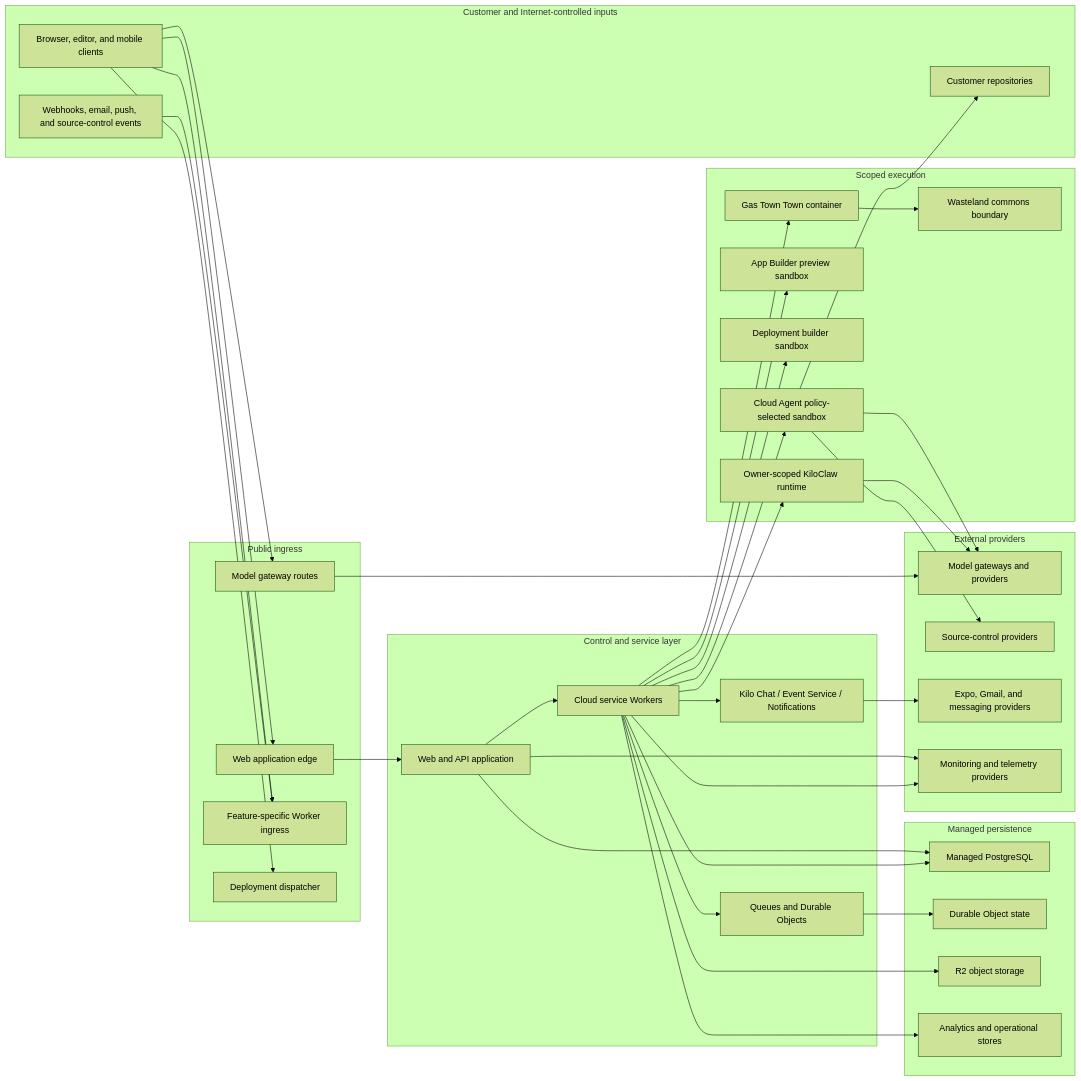
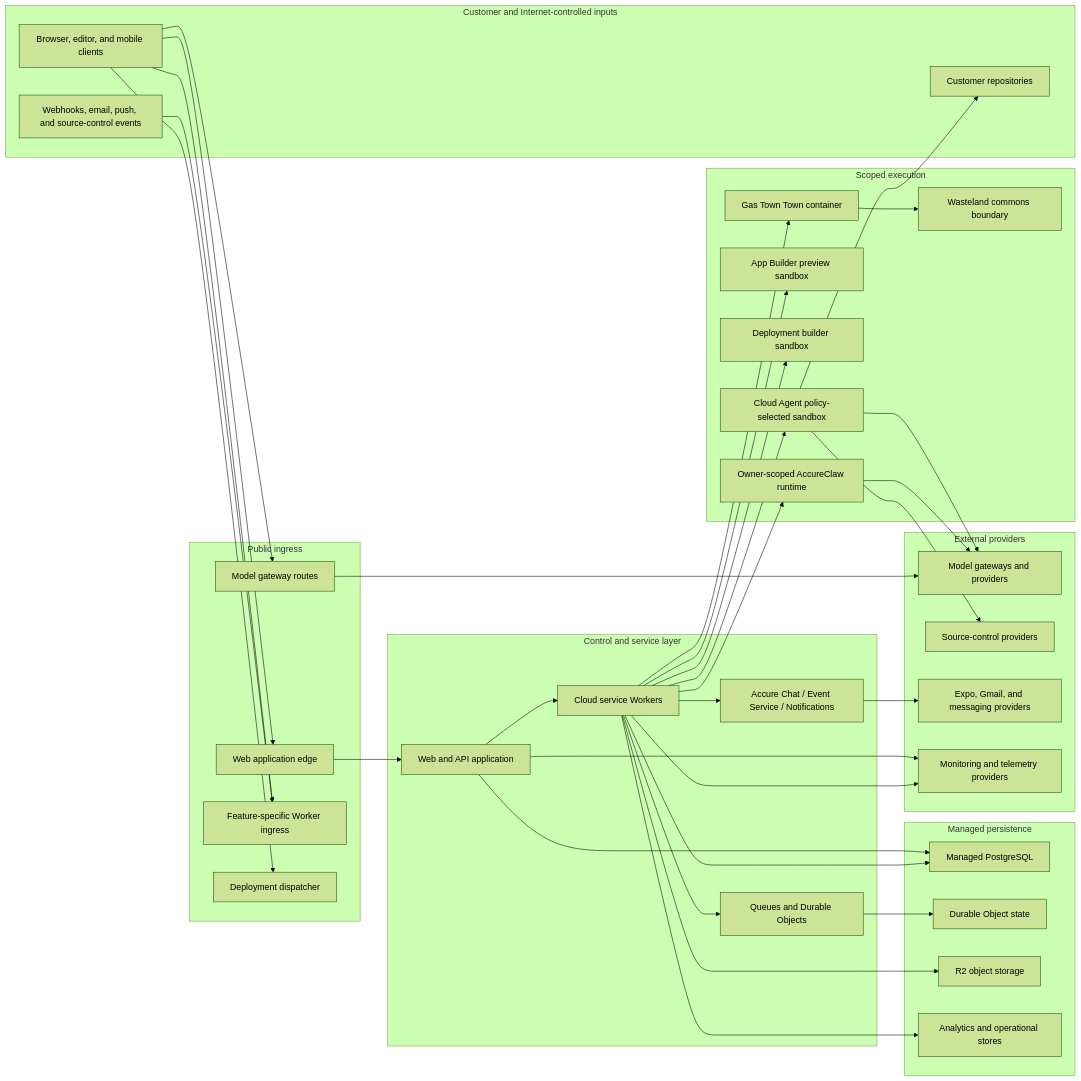
The first of 6 diagrams in packages/accure-docs/pages/contributing/architecture/cloud-security.md (Accure-Inc/accure-code), drawn with Mermaid (forest theme) before and after one commit. The commit also changed other lines of this file and 2711 other files, not shown here.

````diff
--- a/packages/accure-docs/pages/contributing/architecture/cloud-security.md
+++ b/packages/accure-docs/pages/contributing/architecture/cloud-security.md
@@ -33,70 +33,70 @@
 ```mermaid
 flowchart LR
   subgraph customer["Customer and Internet-controlled inputs"]
     clients["Browser, editor, and mobile clients"]
     repos["Customer repositories"]
     integrations["Webhooks, email, push, and source-control events"]
   end
 
   subgraph public["Public ingress"]
     webEdge["Web application edge"]
     gateway["Model gateway routes"]
     cloudEdge["Feature-specific Worker ingress"]
     deployEdge["Deployment dispatcher"]
   end
 
   subgraph control["Control and service layer"]
     web["Web and API application"]
     workers["Cloud service Workers"]
-    chat["Kilo Chat / Event Service / Notifications"]
+    chat["Accure Chat / Event Service / Notifications"]
     async["Queues and Durable Objects"]
   end
 
   subgraph execution["Scoped execution"]
     agent["Cloud Agent policy-selected sandbox"]
     preview["App Builder preview sandbox"]
     build["Deployment builder sandbox"]
-    claw["Owner-scoped KiloClaw runtime"]
+    claw["Owner-scoped AccureClaw runtime"]
     town["Gas Town Town container"]
     wasteland["Wasteland commons boundary"]
   end
 
   subgraph stores["Managed persistence"]
     postgres["Managed PostgreSQL"]
     durable["Durable Object state"]
     objects["R2 object storage"]
     analytics["Analytics and operational stores"]
   end
 
   subgraph providers["External providers"]
     model["Model gateways and providers"]
     source["Source-control providers"]
     messaging["Expo, Gmail, and messaging providers"]
     telemetry["Monitoring and telemetry providers"]
   end
 
   clients --> webEdge --> web
   clients --> gateway --> model
   clients --> cloudEdge
   integrations --> cloudEdge
   clients --> deployEdge
   web --> workers
   workers --> async --> durable
   workers --> chat
   workers --> agent
   workers --> preview
   workers --> build
   workers --> claw
   workers --> town --> wasteland
   agent --> repos
   agent --> source
   agent --> model
   claw --> model
   chat --> messaging
   web --> postgres
   workers --> postgres
   workers --> objects
   workers --> analytics
   web --> telemetry
   workers --> telemetry
 ```
````
